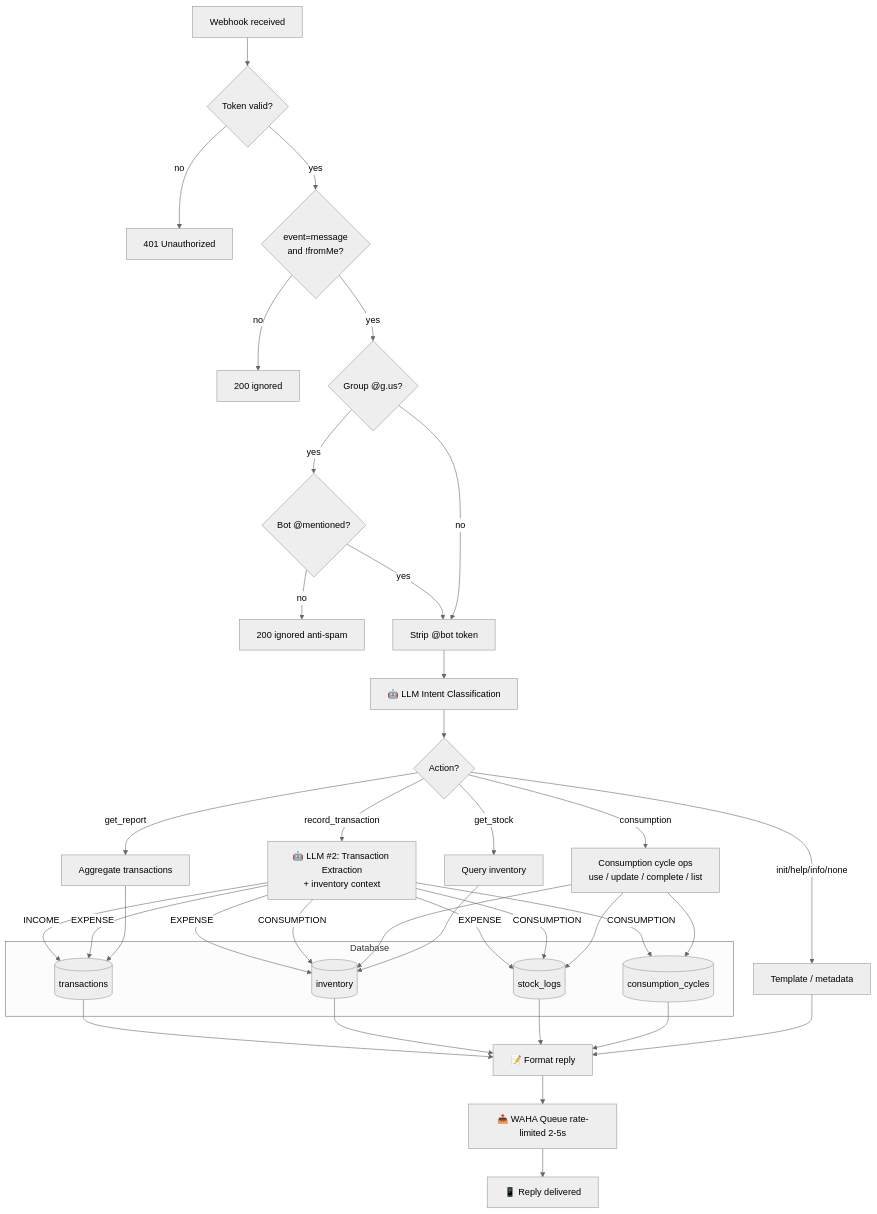
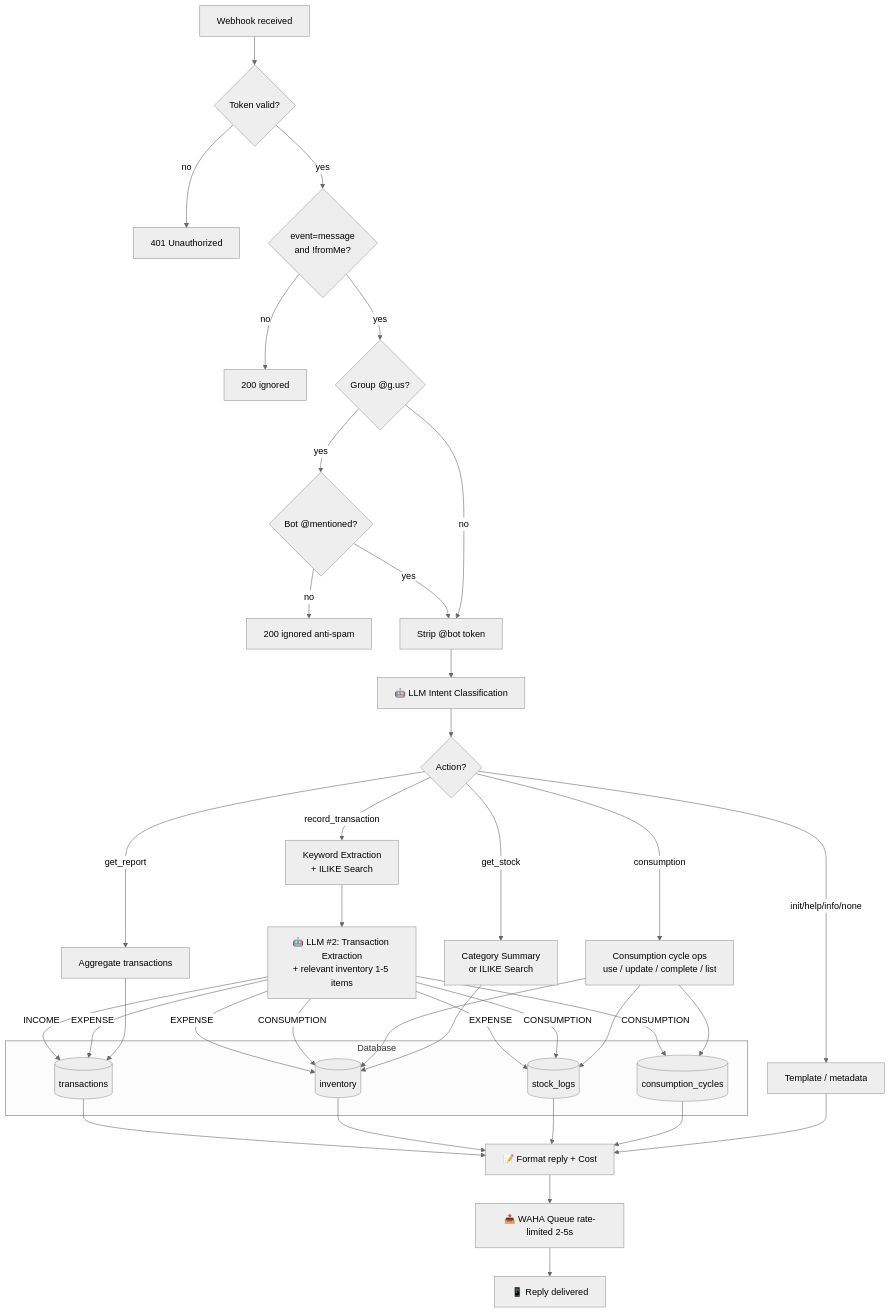
The third of 4 diagrams in README.md (skyapps-id/smart-ledger-agent), drawn with Mermaid (neutral theme) before and after one commit.

Commit message:
Update architecture diagram with search optimization flow
Updated Lifecycle of a Message diagram to reflect:
- Added 'Keyword Extraction + ILIKE Search' step before LLM extraction
- Changed '+ inventory context' to '+ relevant inventory 1-5 items' (token optimization)
- Updated stock query flow to show 'Category Summary or ILIKE Search' approaches
- Added cost tracking to reply formatting step
- Removed outdated 'inventory context injection' terminology

Diagram changes:
- Before: Direct injection of all 20 inventory items
- After: ILIKE search → 1-5 relevant items → LLM extraction
- Shows two approaches for stock queries (category summary vs search)
- Includes cost tracking in reply formatting

Diagram now accurately represents:
- Database-first search optimization (60-90% token savings)
- Category-based summarization for general queries (80-90% token savings)
- Real-time cost tracking in every WhatsApp reply
- Smart keyword extraction before database query

````diff
--- a/README.md
+++ b/README.md
@@ -74,41 +74,43 @@
 ```mermaid
 flowchart TD
     A[Webhook received] --> B{Token valid?}
     B -- no --> X1[401 Unauthorized]
     B -- yes --> C{event=message<br/>and !fromMe?}
     C -- no --> X2[200 ignored]
     C -- yes --> D{Group @g.us?}
     D -- yes --> E{Bot @mentioned?}
     E -- no --> X3[200 ignored anti-spam]
     E -- yes --> F[Strip @bot token]
     D -- no --> F
 
     F --> G[🤖 LLM Intent Classification]
     G --> H{Action?}
 
-    H -- record_transaction --> I1[🤖 LLM #2: Transaction Extraction<br/>+ inventory context]
+    H -- record_transaction --> I1[Keyword Extraction<br/>+ ILIKE Search]
+    
+    I1 --> J[🤖 LLM #2: Transaction Extraction<br/>+ relevant inventory 1-5 items]
 
     subgraph DB[Database]
         DB1[(transactions)]
         DB2[(inventory)]
         DB3[(stock_logs)]
         DB4[(consumption_cycles)]
     end
 
-    I1 -- INCOME --> DB1
-    I1 -- EXPENSE --> DB1 & DB2 & DB3
-    I1 -- CONSUMPTION --> DB2 & DB3 & DB4
+    J -- INCOME --> DB1
+    J -- EXPENSE --> DB1 & DB2 & DB3
+    J -- CONSUMPTION --> DB2 & DB3 & DB4
 
     H -- consumption --> I2[Consumption cycle ops<br/>use / update / complete / list]
     I2 --> DB4 & DB2 & DB3
 
-    H -- get_stock --> I3[Query inventory]
+    H -- get_stock --> I3[Category Summary<br/>or ILIKE Search]
     I3 --> DB2
     H -- get_report --> I4[Aggregate transactions]
     I4 --> DB1
     H -- init/help/info/none --> I5[Template / metadata]
 
     DB1 & DB2 & DB3 & DB4 & I5 --> R
-    R[📝 Format reply] --> S[📤 WAHA Queue rate-limited 2-5s]
+    R[📝 Format reply + Cost] --> S[📤 WAHA Queue rate-limited 2-5s]
     S --> T[📱 Reply delivered]
 ```
````
